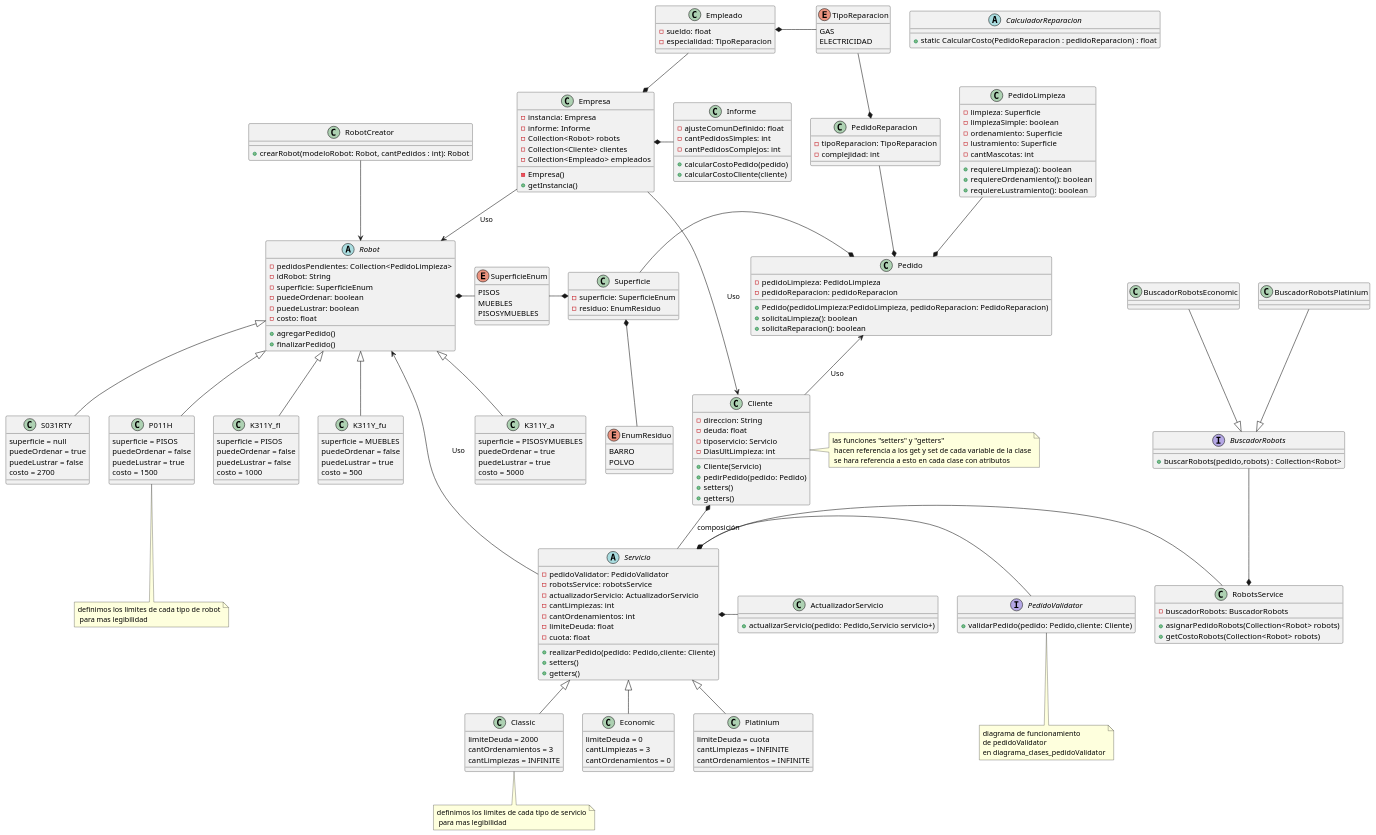
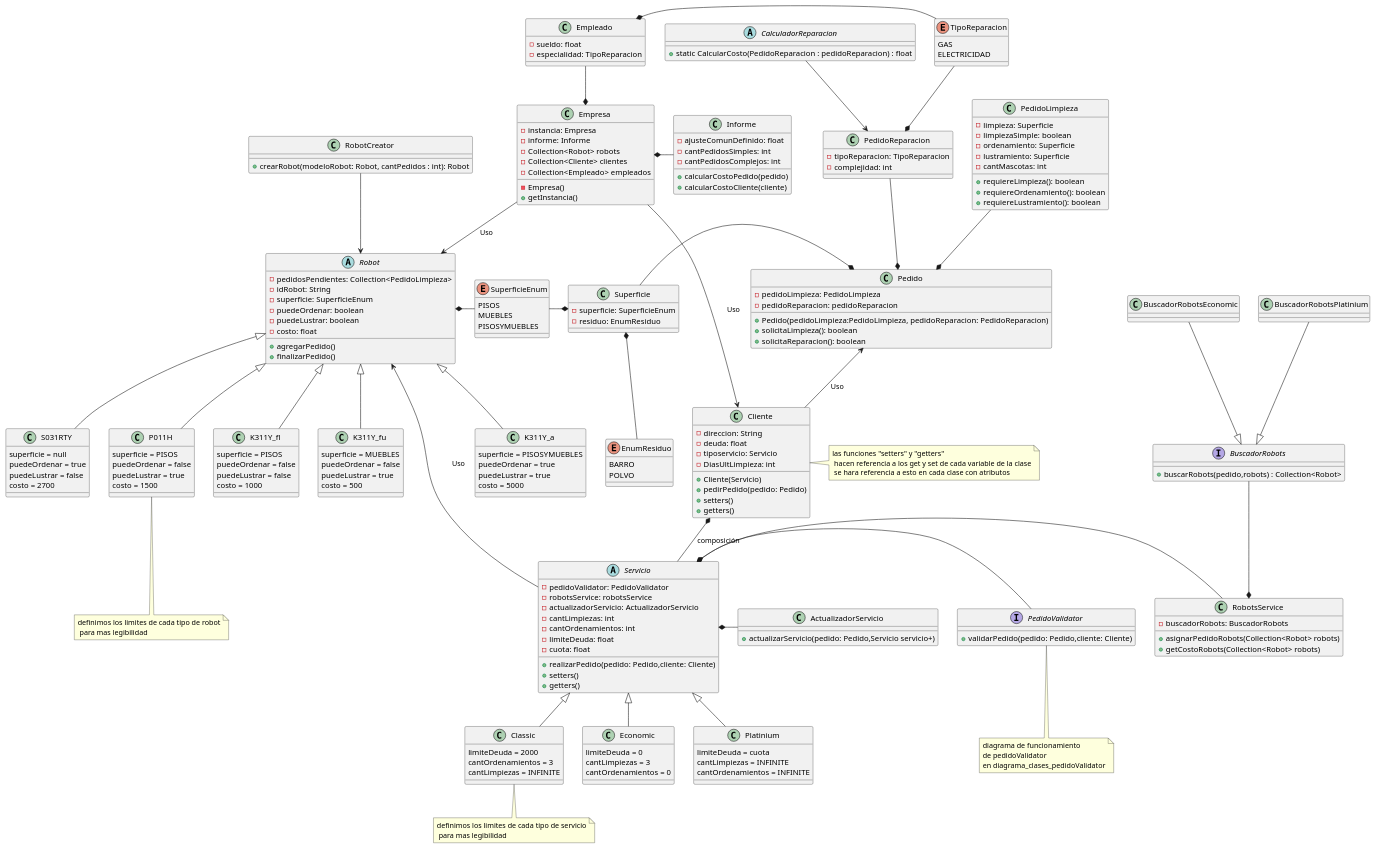
One commit to bacarvalho/TrabajoPractico changed the diagram in src/main/java/com/grupo4/trabajo/Diagramas/diagrama_clases.puml. Above: the diagram before and after it, drawn with PlantUML.

Commit message:
actualizacion en el diagrama de clases.

```diff
--- a/src/main/java/com/grupo4/trabajo/Diagramas/diagrama_clases.puml
+++ b/src/main/java/com/grupo4/trabajo/Diagramas/diagrama_clases.puml
@@ -233,6 +233,8 @@
 PedidoReparacion *-up- TipoReparacion
 Empleado *-right- TipoReparacion
 Empresa *-up- Empleado
+
+CalculadorReparacion --> PedidoReparacion
 note bottom of Classic : definimos los limites de cada tipo de servicio\n para mas legibilidad
 note bottom of P011H : definimos los limites de cada tipo de robot\n para mas legibilidad
 note right of Cliente : las funciones "setters" y "getters" \n hacen referencia a los get y set de cada variable de la clase\n se hara referencia a esto en cada clase con atributos
```
